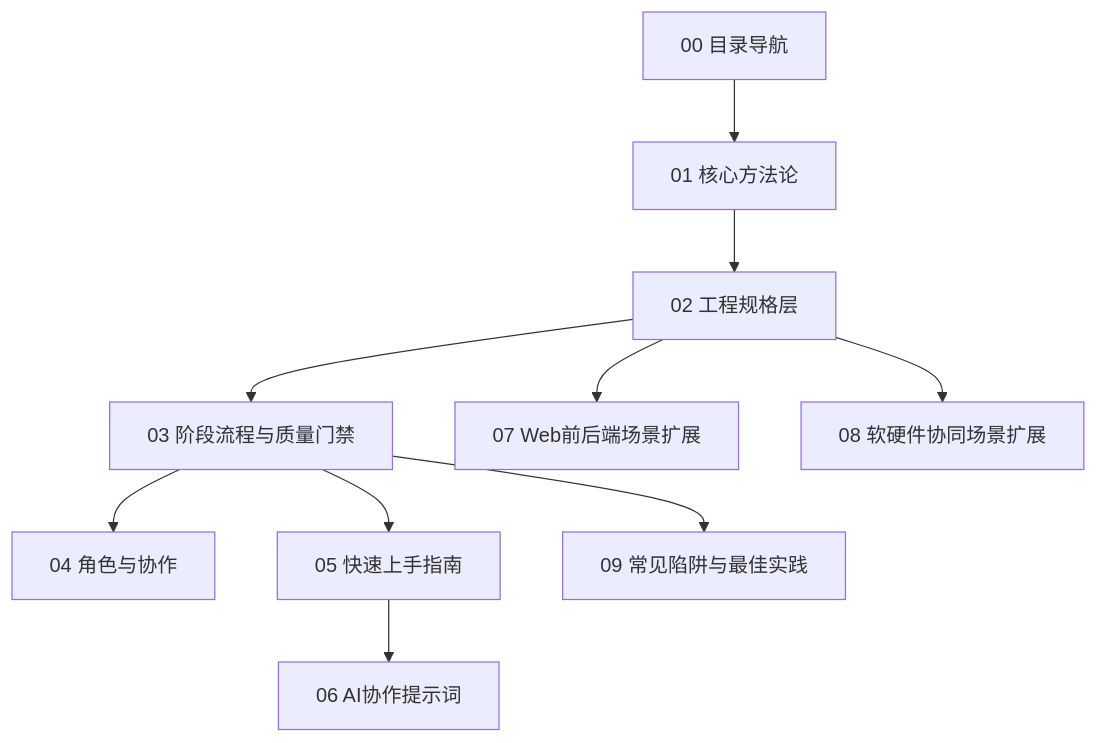
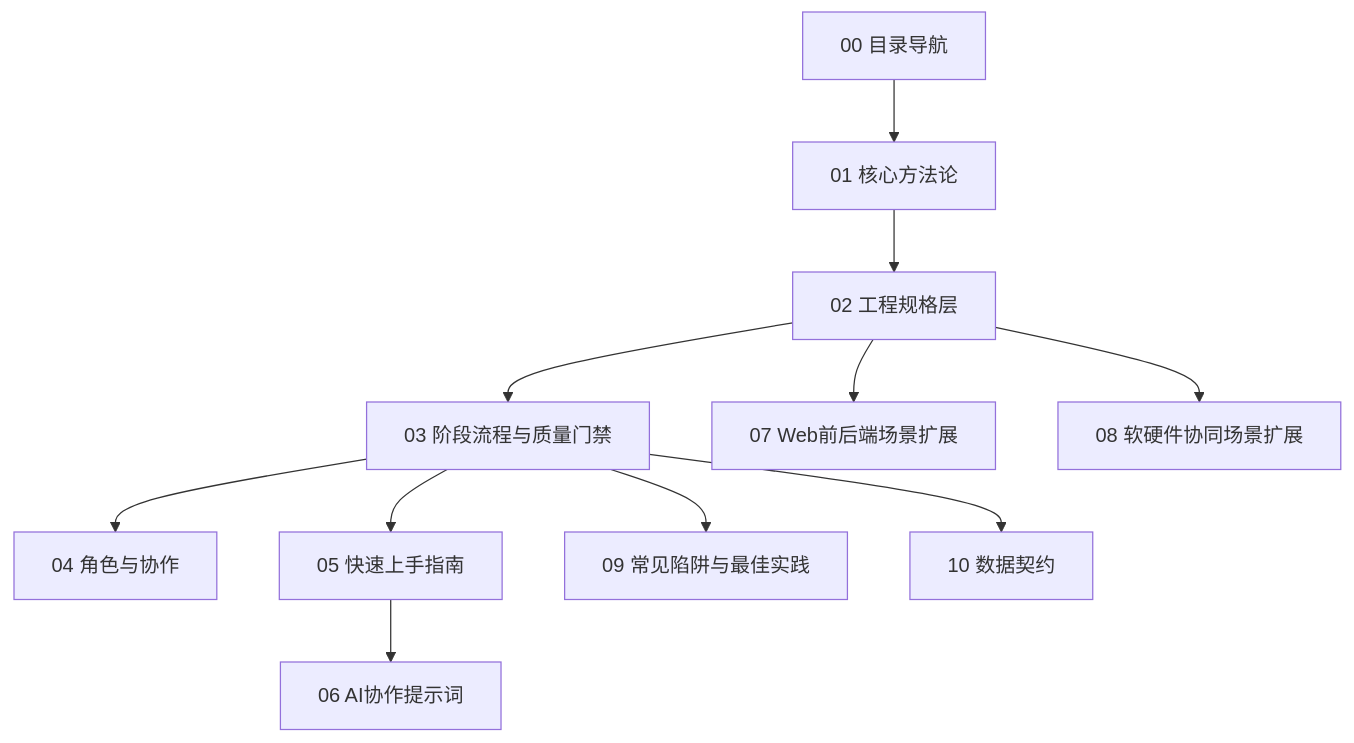
The diagram in docs/00-目录导航.md (SvtStarfire-Hit/inspire-spec), drawn with Mermaid before and after one commit. The commit also changed 4 other files, not shown here.

````diff
--- a/docs/00-目录导航.md
+++ b/docs/00-目录导航.md
@@ -9,12 +9,13 @@
 ```mermaid
 flowchart TB
     Nav[00 目录导航] --> Core[01 核心方法论]
     Core --> Spec[02 工程规格层]
     Spec --> Stage[03 阶段流程与质量门禁]
     Stage --> Role[04 角色与协作]
     Stage --> Start[05 快速上手指南]
     Start --> Prompt[06 AI协作提示词]
     Spec --> Web[07 Web前后端场景扩展]
     Spec --> Hardware[08 软硬件协同场景扩展]
     Stage --> Pitfall[09 常见陷阱与最佳实践]
+    Stage --> Contract[10 数据契约]
 ```
````
